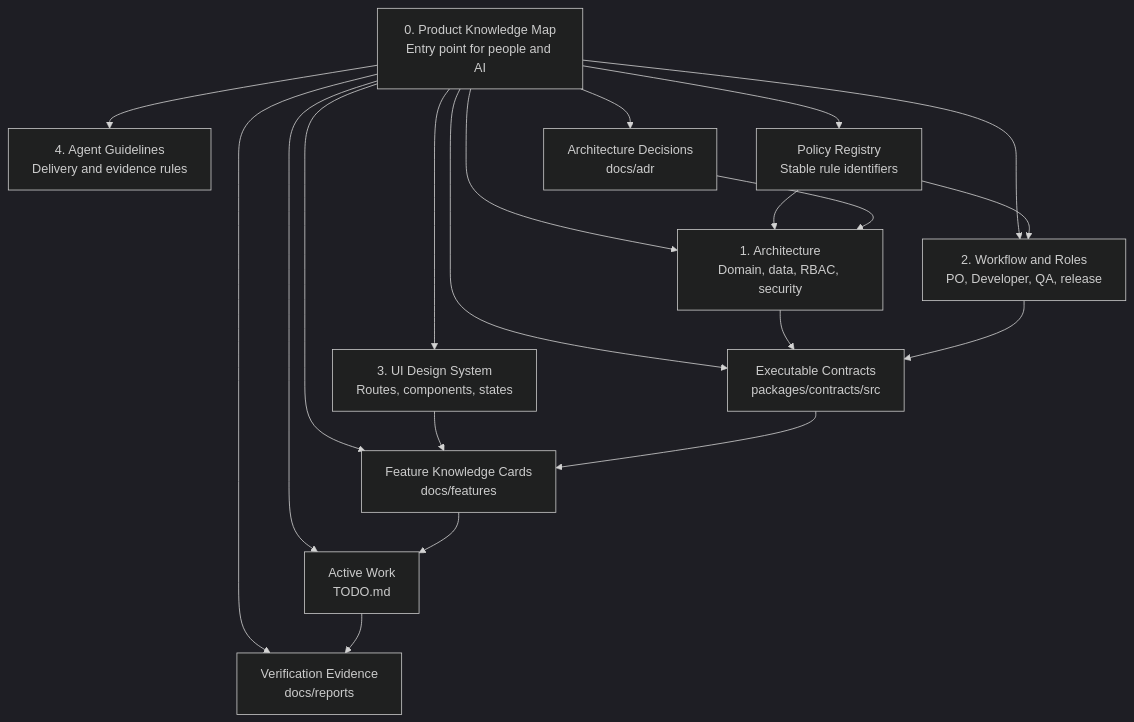
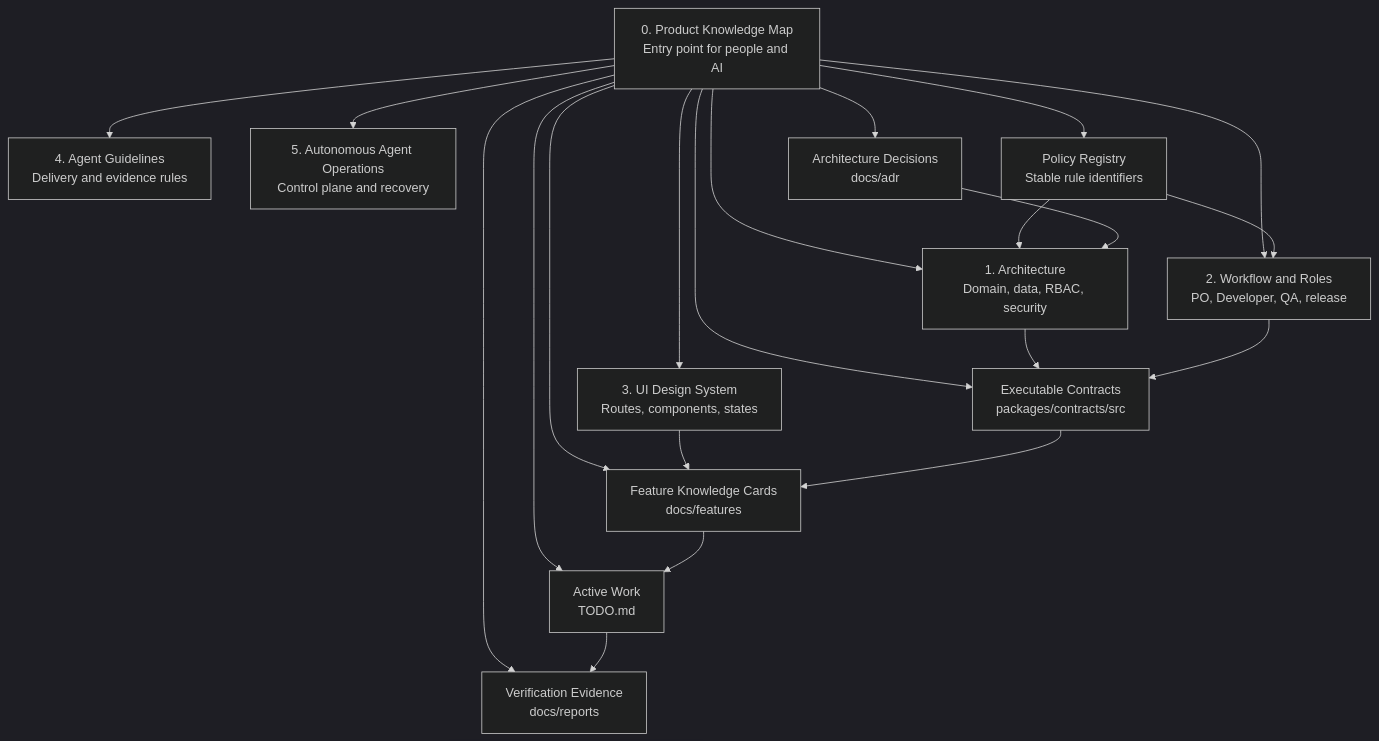
Before and after one commit to oneilreyand/qlickhub: the second of 4 diagrams in docs/0_PRODUCT_KNOWLEDGE_MAP.md, drawn with Mermaid (dark theme). The commit also changed other lines of this file and 20 other files, not shown here.

Commit message:
wip: autonomous agent operations and control-plane dry-run (unreviewed)

````diff
--- a/docs/0_PRODUCT_KNOWLEDGE_MAP.md
+++ b/docs/0_PRODUCT_KNOWLEDGE_MAP.md
@@ -85,24 +85,25 @@
 ```mermaid
 graph TD
     Map["0. Product Knowledge Map<br/>Entry point for people and AI"]
     Map --> Architecture["1. Architecture<br/>Domain, data, RBAC, security"]
     Map --> Workflow["2. Workflow and Roles<br/>PO, Developer, QA, release"]
     Map --> UI["3. UI Design System<br/>Routes, components, states"]
     Map --> Guidelines["4. Agent Guidelines<br/>Delivery and evidence rules"]
+    Map --> AgentOps["5. Autonomous Agent Operations<br/>Control plane and recovery"]
     Map --> Policies["Policy Registry<br/>Stable rule identifiers"]
     Map --> Contracts["Executable Contracts<br/>packages/contracts/src"]
     Map --> Features["Feature Knowledge Cards<br/>docs/features"]
     Map --> Decisions["Architecture Decisions<br/>docs/adr"]
     Map --> Backlog["Active Work<br/>TODO.md"]
     Map --> Reports["Verification Evidence<br/>docs/reports"]
 
     Architecture --> Contracts
     Workflow --> Contracts
     Policies --> Architecture
     Policies --> Workflow
     UI --> Features
     Contracts --> Features
     Decisions --> Architecture
     Features --> Backlog
     Backlog --> Reports
 ```
````
